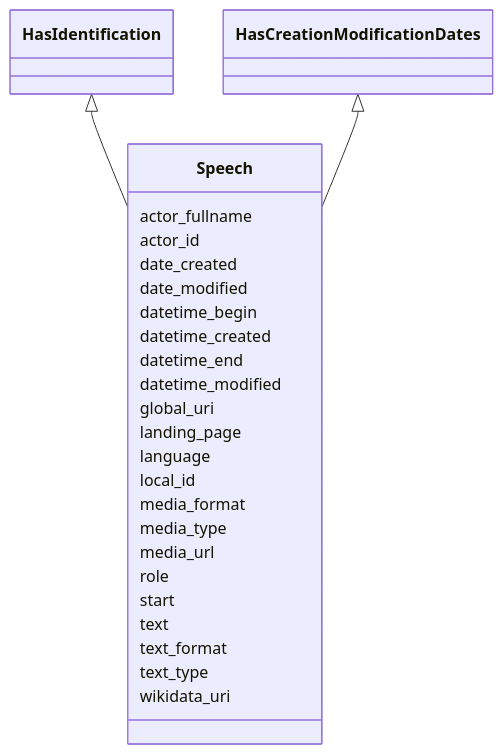
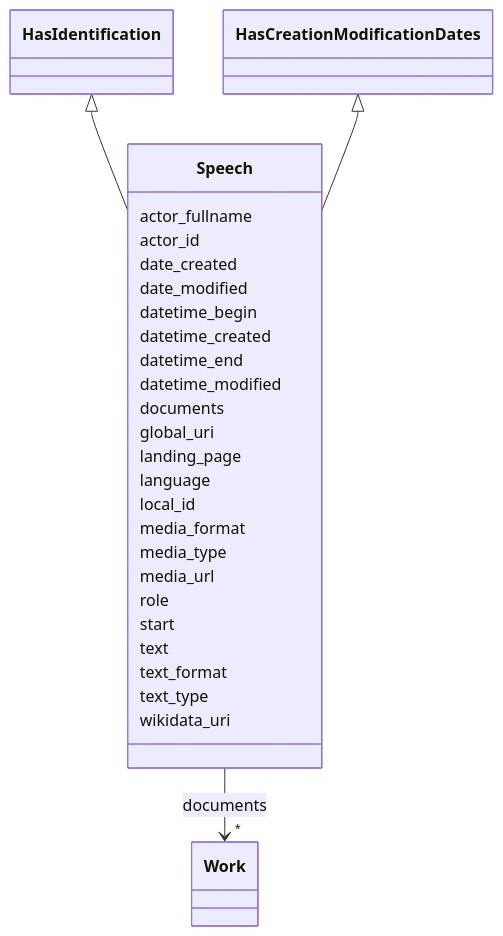
Before and after one commit to swiss/political-affairs-ech-group: the diagram in ech-0293_operations/output/docs/Speech.md, drawn with Mermaid. The commit also changed other lines of this file and 87 other files, not shown here.

````diff
--- a/ech-0293_operations/output/docs/Speech.md
+++ b/ech-0293_operations/output/docs/Speech.md
@@ -22,53 +22,64 @@
 ```mermaid
  classDiagram
     class Speech
     click Speech href "../Speech/"
       HasIdentification <|-- Speech
         click HasIdentification href "../HasIdentification/"
       HasCreationModificationDates <|-- Speech
         click HasCreationModificationDates href "../HasCreationModificationDates/"
       
       Speech : actor_fullname
         
       Speech : actor_id
         
       Speech : date_created
         
       Speech : date_modified
         
       Speech : datetime_begin
         
       Speech : datetime_created
         
       Speech : datetime_end
         
       Speech : datetime_modified
+        
+      Speech : documents
+        
+          
+    
+        
+        
+        Speech --> "*" Work : documents
+        click Work href "../Work/"
+    
+
         
       Speech : global_uri
         
       Speech : landing_page
         
       Speech : language
         
       Speech : local_id
         
       Speech : media_format
         
       Speech : media_type
         
       Speech : media_url
         
       Speech : role
         
       Speech : start
         
       Speech : text
         
       Speech : text_format
         
       Speech : text_type
         
       Speech : wikidata_uri
         
       
 ```
````
